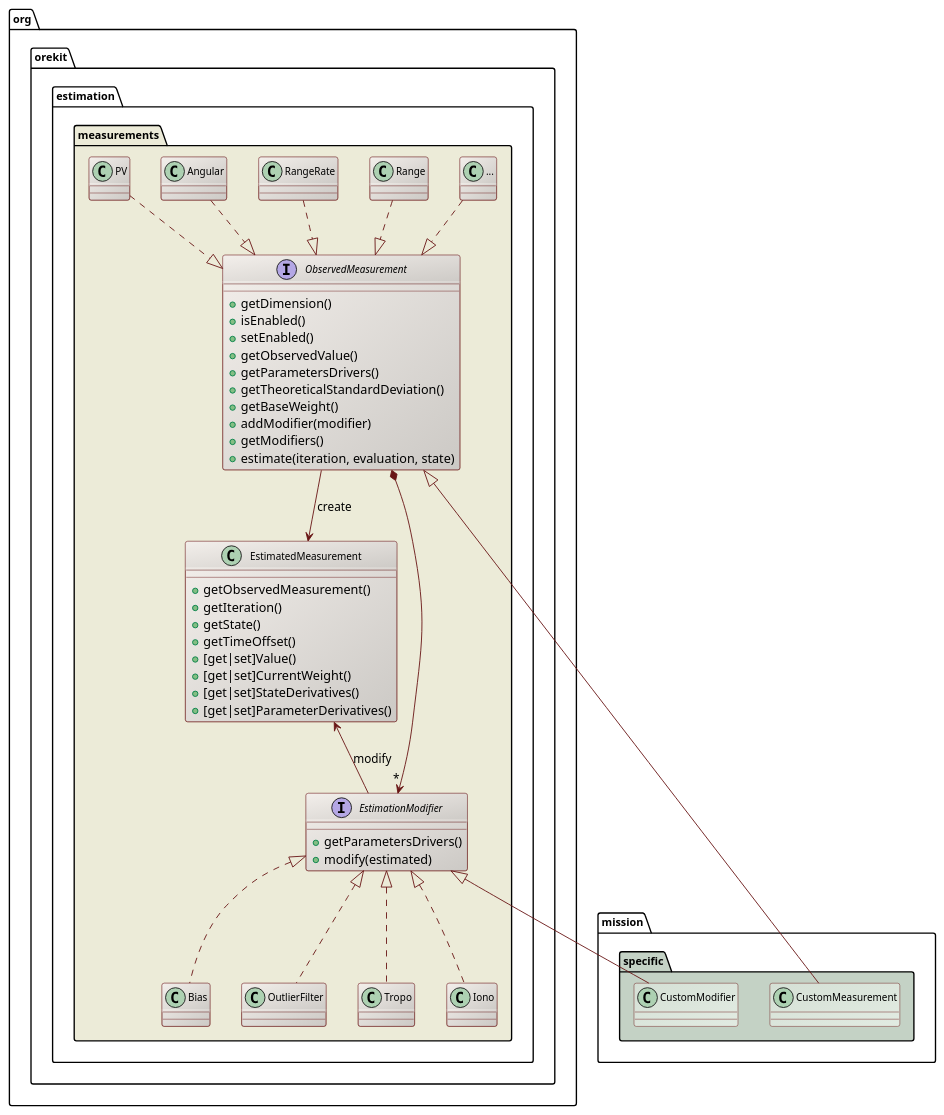
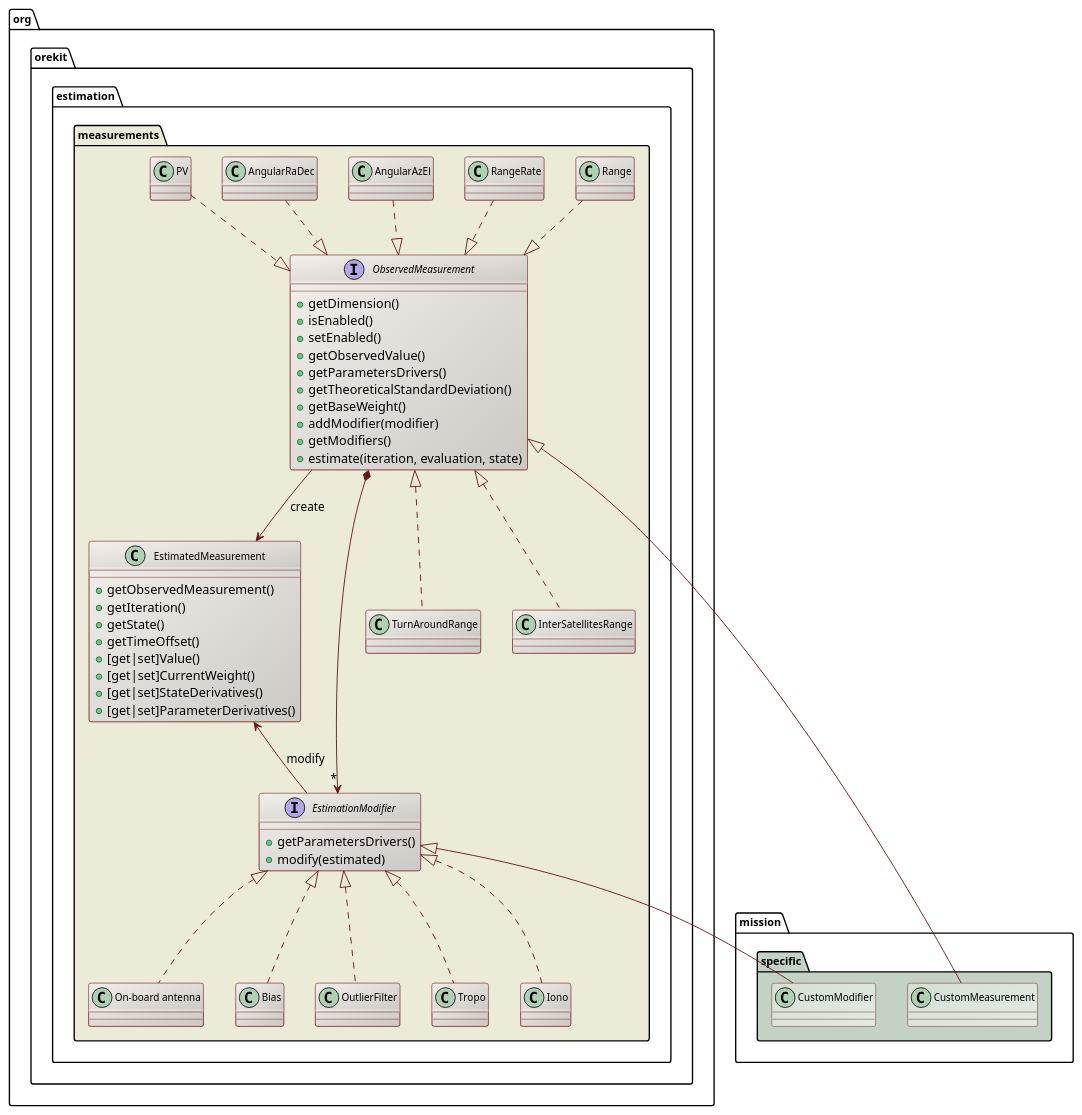
Before and after one commit to CS-SI/Orekit: the diagram in src/design/orbit-determination-measurements-class-diagram.puml, drawn with PlantUML. The commit also changed 7 other files, not shown here.

```diff
--- a/src/design/orbit-determination-measurements-class-diagram.puml
+++ b/src/design/orbit-determination-measurements-class-diagram.puml
@@ -17,67 +17,70 @@
 @startuml
 
   skinparam svek                  true
   skinparam ClassBackgroundColor  #F3EFEB/CCC9C5
   skinparam ClassArrowColor       #691616
   skinparam ClassBorderColor      #691616
   skinparam NoteBackgroundColor   #F3EFEB
   skinparam NoteBorderColor       #691616
   skinparam NoteFontColor         #691616
   skinparam ClassFontSize         11
   skinparam PackageFontSize       12
 
   package org.orekit.estimation.measurements #ECEBD8 {
 
     interface ObservedMeasurement {
       +getDimension()
       +isEnabled()
       +setEnabled()
       +getObservedValue()
       +getParametersDrivers()
       +getTheoreticalStandardDeviation()
       +getBaseWeight()
       +addModifier(modifier)
       +getModifiers()
       +estimate(iteration, evaluation, state)
     }
     
     class EstimatedMeasurement {
       +getObservedMeasurement()
       +getIteration()
       +getState()
       +getTimeOffset()
       +[get|set]Value()
       +[get|set]CurrentWeight()
       +[get|set]StateDerivatives()
       +[get|set]ParameterDerivatives()
     }
     
     interface EstimationModifier {
       +getParametersDrivers()
       +modify(estimated)
     }
     
+    class "On-board antenna" as Onboard
     ObservedMeasurement *--> "*" EstimationModifier
     ObservedMeasurement --> EstimatedMeasurement : create
     EstimatedMeasurement <-- EstimationModifier : modify
-    class "..." as OtherMeasurement
-    OtherMeasurement   ..|> ObservedMeasurement
     Range              ..|> ObservedMeasurement
     RangeRate          ..|> ObservedMeasurement
-    Angular   ..|> ObservedMeasurement
+    AngularAzEl        ..|> ObservedMeasurement
+    AngularRaDec       ..|> ObservedMeasurement
     PV                 ..|> ObservedMeasurement
+    ObservedMeasurement <|.. TurnAroundRange
+    ObservedMeasurement <|.. InterSatellitesRange
     EstimationModifier <|.. Bias
     EstimationModifier <|.. OutlierFilter
     EstimationModifier <|.. Tropo
     EstimationModifier <|.. Iono
+    EstimationModifier <|.. Onboard
  
   }
 
   package mission.specific #C4D2C5 {
     class CustomModifier #D5E0D5/E2EBE2
     class CustomMeasurement #D5E0D5/E2EBE2
     ObservedMeasurement <|-- CustomMeasurement
     EstimationModifier <|-- CustomModifier
   }
 
 @enduml
```
